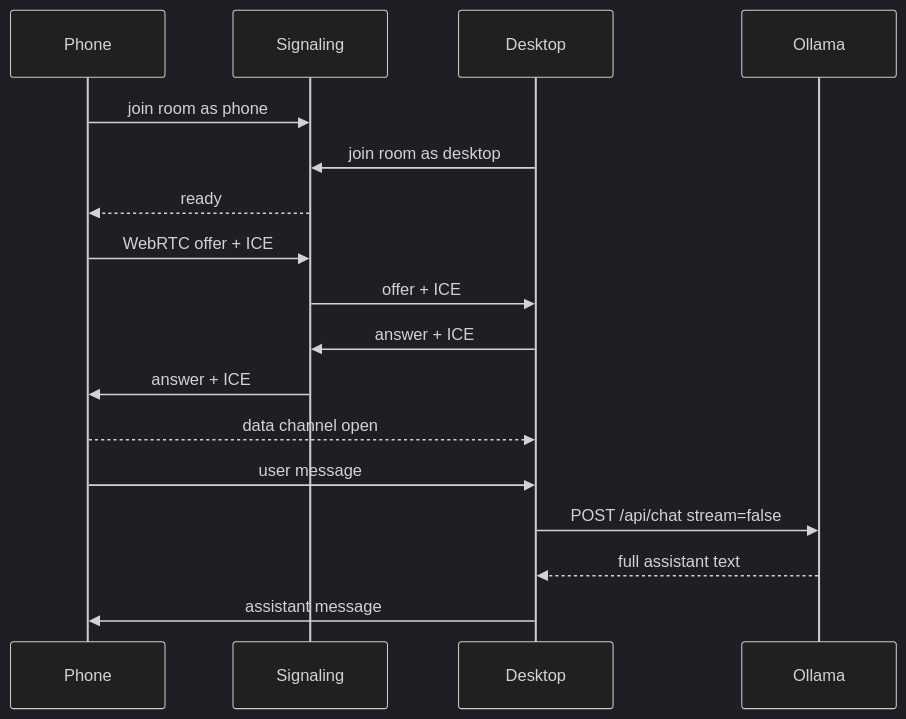
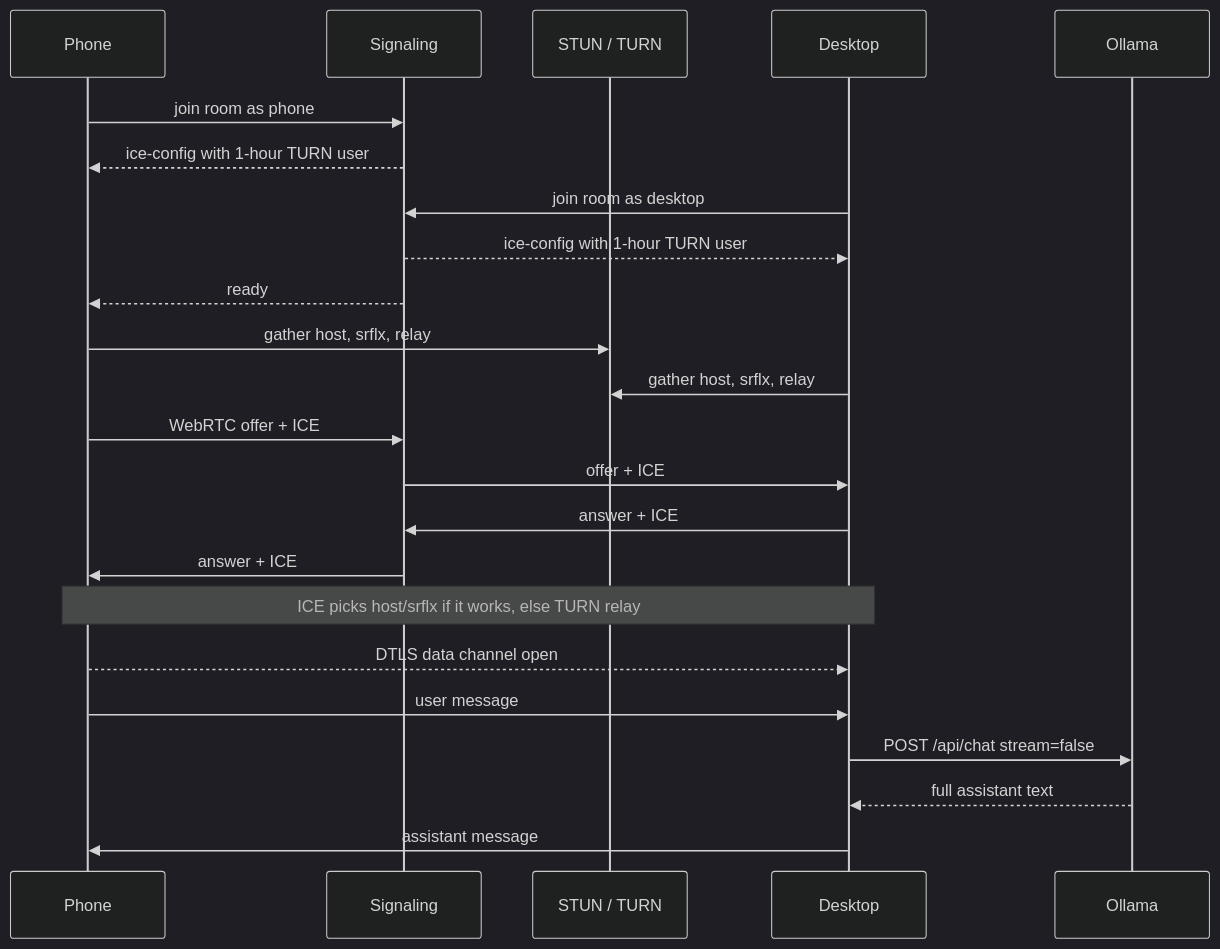
The second of 2 diagrams in README.md (balkirat-chahal/tunllm), drawn with Mermaid (dark theme) before and after one commit. The commit also changed other lines of this file and 8 other files, not shown here.

Commit message:
Add TURN server for relay

````diff
--- a/README.md
+++ b/README.md
@@ -41,21 +45,27 @@
 ```mermaid
 sequenceDiagram
   participant Phone
   participant Signaling
+  participant ICE as STUN / TURN
   participant Desktop
   participant Ollama
 
   Phone->>Signaling: join room as phone
+  Signaling-->>Phone: ice-config with 1-hour TURN user
   Desktop->>Signaling: join room as desktop
+  Signaling-->>Desktop: ice-config with 1-hour TURN user
   Signaling-->>Phone: ready
+  Phone->>ICE: gather host, srflx, relay
+  Desktop->>ICE: gather host, srflx, relay
   Phone->>Signaling: WebRTC offer + ICE
   Signaling->>Desktop: offer + ICE
   Desktop->>Signaling: answer + ICE
   Signaling->>Phone: answer + ICE
-  Phone-->>Desktop: data channel open
+  Note over Phone,Desktop: ICE picks host/srflx if it works, else TURN relay
+  Phone-->>Desktop: DTLS data channel open
 
   Phone->>Desktop: user message
   Desktop->>Ollama: POST /api/chat stream=false
   Ollama-->>Desktop: full assistant text
   Desktop->>Phone: assistant message
 ```
````
